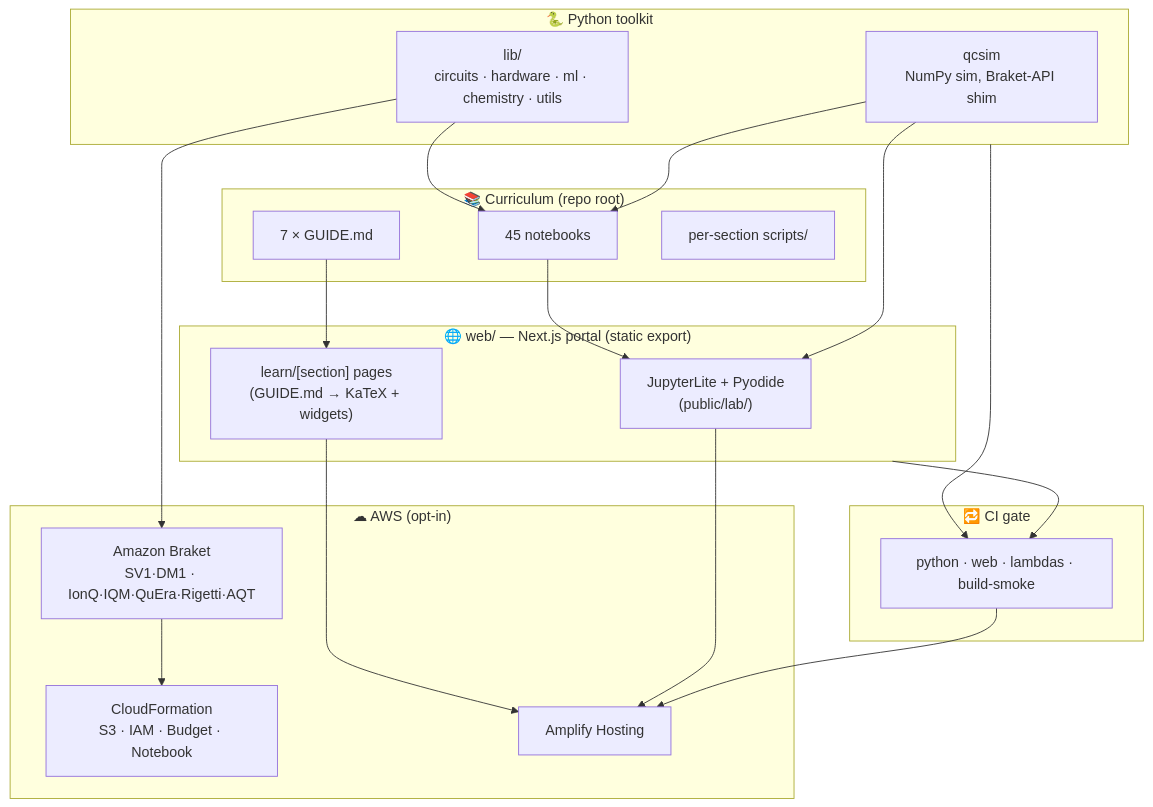
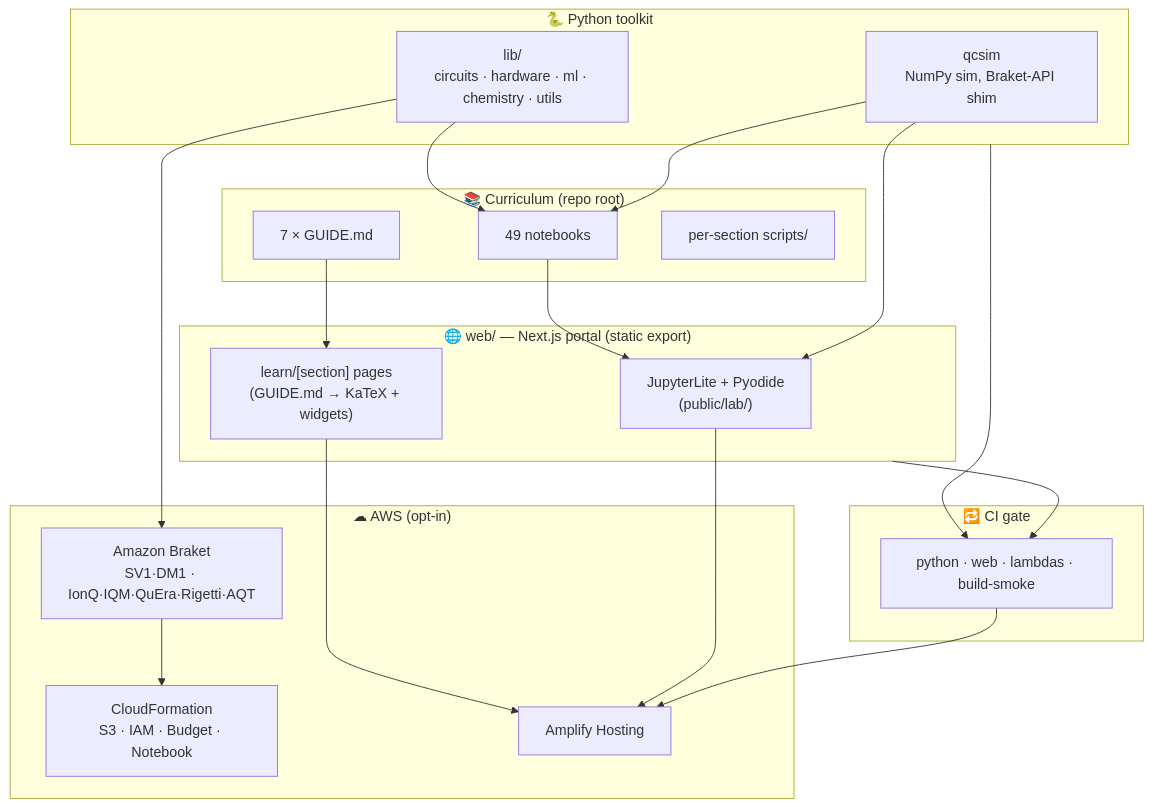
Before and after one commit to AltivumInc-Admin/quantum-computing: the third of 5 diagrams in README.md, drawn with Mermaid. The commit also changed other lines of this file and 35 other files, not shown here.

````diff
--- a/README.md
+++ b/README.md
@@ -246,41 +246,41 @@
 ```mermaid
 flowchart TB
     subgraph content["📚 Curriculum (repo root)"]
         guides["7 × GUIDE.md"]
-        nbs["45 notebooks"]
+        nbs["49 notebooks"]
         sci["per-section scripts/"]
     end
 
     subgraph py["🐍 Python toolkit"]
         lib["lib/<br/>circuits · hardware · ml · chemistry · utils"]
         qcsim["qcsim<br/>NumPy sim, Braket-API shim"]
     end
 
     subgraph web["🌐 web/ — Next.js portal (static export)"]
         pages["learn/[section] pages<br/>(GUIDE.md → KaTeX + widgets)"]
         lab["JupyterLite + Pyodide<br/>(public/lab/)"]
     end
 
     subgraph aws["☁ AWS (opt-in)"]
         braket["Amazon Braket<br/>SV1·DM1 · IonQ·IQM·QuEra·Rigetti·AQT"]
         infra["CloudFormation<br/>S3 · IAM · Budget · Notebook"]
         amplify["Amplify Hosting"]
     end
 
     lib --> nbs
     qcsim --> nbs
     guides --> pages
     nbs --> lab
     qcsim --> lab
     lib --> braket
     braket --> infra
     pages --> amplify
     lab --> amplify
 
     subgraph ci["🔁 CI gate"]
         gate["python · web · lambdas · build-smoke"]
     end
     py --> gate
     web --> gate
     gate --> amplify
 ```
````
